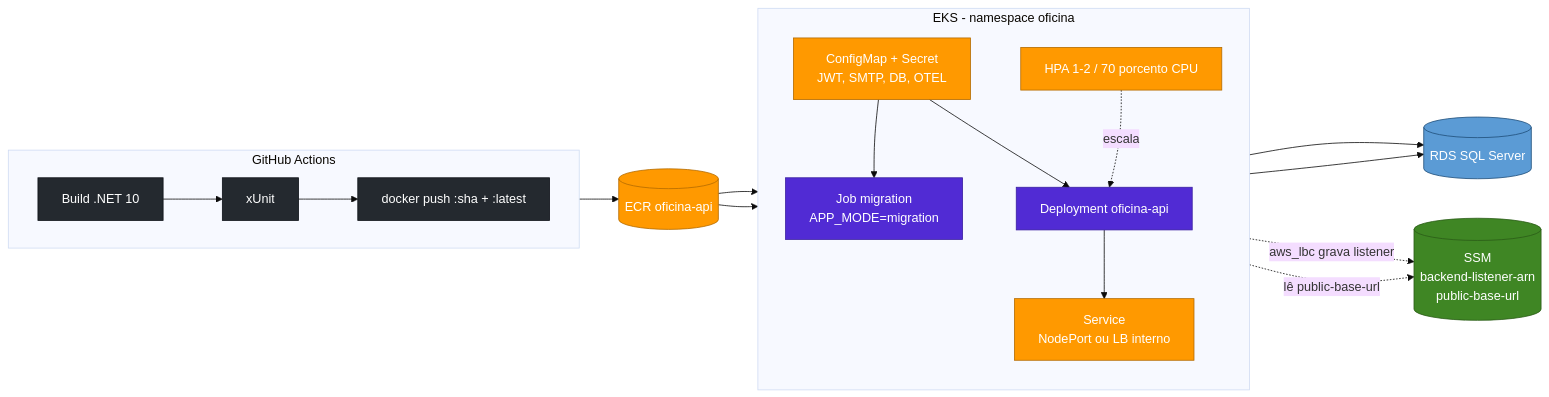
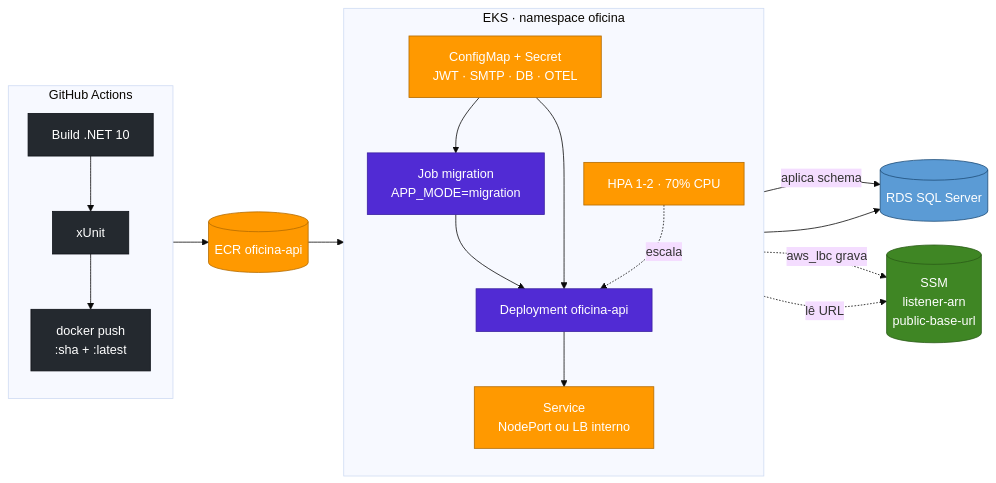
The second of 2 diagrams in README.md (fabianorodrigues/oficina-api), drawn with Mermaid (base theme) before and after one commit. The commit also changed other lines of this file, not shown here.

````diff
--- a/README.md
+++ b/README.md
@@ -95,38 +95,40 @@
 ```mermaid
+%%{init: {"flowchart": {"nodeSpacing": 30, "rankSpacing": 45}} }%%
 flowchart LR
     classDef api   fill:#512BD4,color:#fff,stroke:#3A1FA0
     classDef k8s   fill:#FF9900,color:#fff,stroke:#B36B00
     classDef db    fill:#5B9BD5,color:#fff,stroke:#1F4E79
     classDef gh    fill:#24292F,color:#fff,stroke:#0D1117
     classDef store fill:#3F8624,color:#fff,stroke:#2A5C18
 
-    subgraph GH[GitHub Actions]
-      direction LR
-      BUILD[Build .NET 10]:::gh --> TEST[xUnit]:::gh --> PUSH[docker push :sha + :latest]:::gh
+    subgraph GH["GitHub Actions"]
+      direction TB
+      BUILD[Build .NET 10]:::gh
+      TEST[xUnit]:::gh
+      PUSH["docker push<br/>:sha + :latest"]:::gh
     end
 
     ECR[(ECR oficina-api)]:::k8s
-    RDS[(RDS SQL Server)]:::db
-    SSM[(SSM<br/>backend-listener-arn<br/>public-base-url)]:::store
 
-    subgraph K8S[EKS - namespace oficina]
+    subgraph K8S["EKS · namespace oficina"]
       direction TB
-      CFG[ConfigMap + Secret<br/>JWT, SMTP, DB, OTEL]:::k8s
-      MIG[Job migration<br/>APP_MODE=migration]:::api
+      CFG["ConfigMap + Secret<br/>JWT · SMTP · DB · OTEL"]:::k8s
+      MIG["Job migration<br/>APP_MODE=migration"]:::api
       DEP[Deployment oficina-api]:::api
-      HPA[HPA 1-2 / 70 porcento CPU]:::k8s
-      SVC[Service<br/>NodePort ou LB interno]:::k8s
+      HPA["HPA 1-2 · 70% CPU"]:::k8s
+      SVC["Service<br/>NodePort ou LB interno"]:::k8s
     end
 
-    PUSH --> ECR
-    ECR --> MIG
-    ECR --> DEP
+    RDS[(RDS SQL Server)]:::db
+    SSM[("SSM<br/>listener-arn<br/>public-base-url")]:::store
+
+    BUILD --> TEST --> PUSH --> ECR
+    ECR --> MIG --> DEP --> SVC
     CFG --> MIG
     CFG --> DEP
-    MIG --> RDS
+    MIG -- aplica schema --> RDS
     DEP --> RDS
     HPA -. escala .-> DEP
-    DEP --> SVC
-    SVC -. aws_lbc grava listener .-> SSM
-    DEP -. lê public-base-url .-> SSM
+    SVC -. aws_lbc grava .-> SSM
+    DEP -. lê URL .-> SSM
 ```
````
